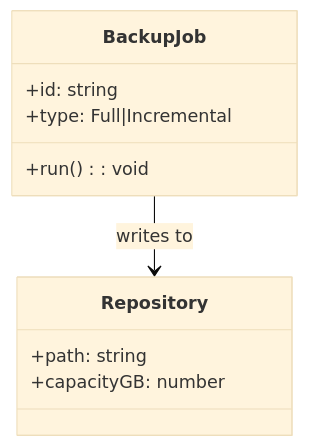
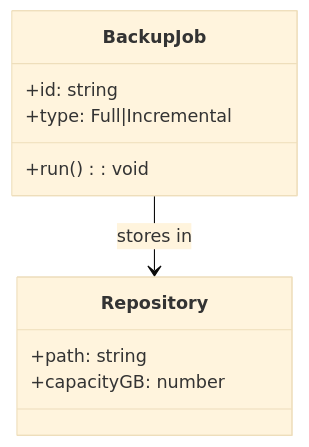
The third of 9 diagrams in 01-Concept/backup_concept.md (LieutenantJimmy/M143_PE24c_Homelab_Backup_Concept), drawn with Mermaid (base theme) before and after one commit. The commit also changed other lines of this file, not shown here.

````diff
--- a/01-Concept/backup_concept.md
+++ b/01-Concept/backup_concept.md
@@ -30,13 +32,13 @@
 ```mermaid
 classDiagram
   class BackupJob {
     +id: string
     +type: Full|Incremental
     +run(): void
   }
   class Repository {
     +path: string
     +capacityGB: number
   }
-  BackupJob --> Repository : writes to
+  BackupJob --> Repository : stores in
 ```
````
